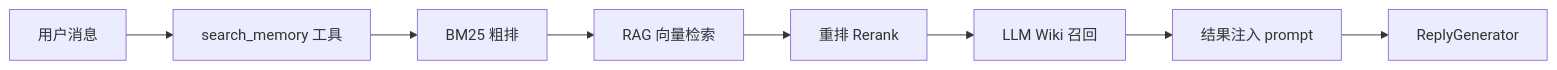
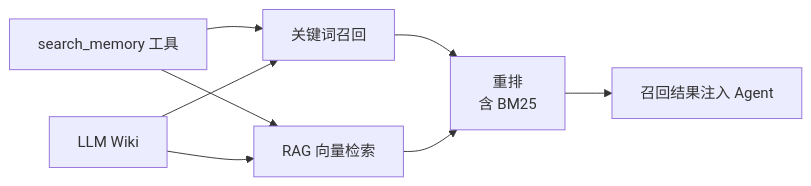
Before and after one commit to 899ms/wechat-mac-rpa: the second of 3 diagrams in README.md, drawn with Mermaid. The commit also changed other lines of this file and 12 other files, not shown here.

First line of the commit message:
docs(architecture): fix system diagram alignment with actual code

````diff
--- a/README.md
+++ b/README.md
@@ -190,10 +192,10 @@
 ```mermaid
 graph LR
-    A["用户消息"] --> B["search_memory 工具"]
-    B --> C["BM25 粗排"]
-    C --> D["RAG 向量检索"]
-    D --> E["重排 Rerank"]
-    E --> F["LLM Wiki 召回"]
-    F --> G["结果注入 prompt"]
-    G --> H["ReplyGenerator"]
+    A["search_memory 工具"] --> B["关键词召回"]
+    A --> C["RAG 向量检索"]
+    D["LLM Wiki"] --> B
+    D --> C
+    B --> E["重排<br/>含 BM25"]
+    C --> E
+    E --> F["召回结果注入 Agent"]
 ```
````
